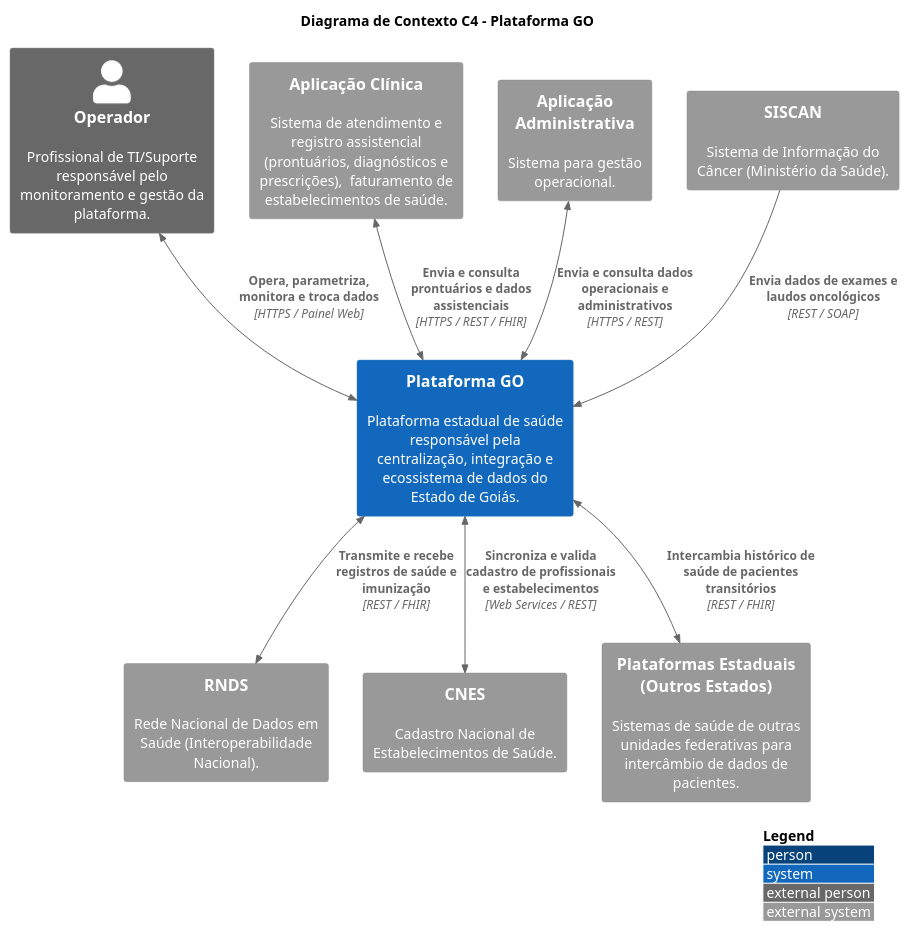
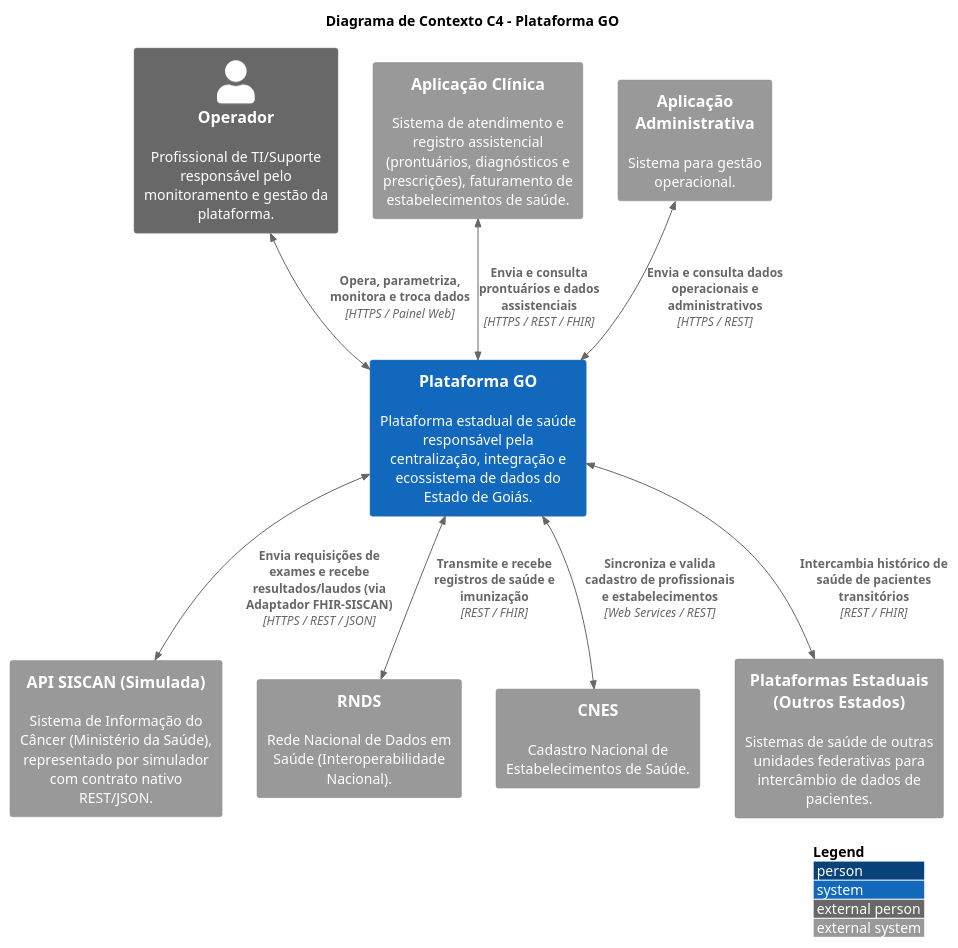
Before and after one commit to kyriosdata/design-2026-02: the diagram in context_Caio.puml, drawn with PlantUML.

Commit message:
fix(c4): corrige protocolo e bidirecionalidade da integracao SISCAN
- Altera a relacao com SISCAN de Rel para BiRel em context_Caio.puml
- Corrige o protocolo de REST / SOAP para HTTPS / REST / JSON
- Atualiza descricao da API simulada do SISCAN e papel do Adaptador FHIR

```diff
--- a/context_Caio.puml
+++ b/context_Caio.puml
@@ -1,32 +1,31 @@
 @startuml
 !include https://raw.githubusercontent.com/plantuml-stdlib/C4-PlantUML/master/C4_Context.puml
 
 LAYOUT_WITH_LEGEND()
 
 title Diagrama de Contexto C4 - Plataforma GO
 
 ' Sistema Central (Único em Azul)
 System(plataformaGO, "Plataforma GO", "Plataforma estadual de saúde responsável pela centralização, integração e ecossistema de dados do Estado de Goiás.")
 
 ' Atores e Aplicações Internas/Clientes (Em Cinza - Ext)
 Person_Ext(operador, "Operador", "Profissional de TI/Suporte responsável pelo monitoramento e gestão da plataforma.")
-System_Ext(appClinica, "Aplicação Clínica", "Sistema de atendimento e registro assistencial (prontuários, diagnósticos e prescrições),  faturamento de estabelecimentos de saúde.")
+System_Ext(appClinica, "Aplicação Clínica", "Sistema de atendimento e registro assistencial (prontuários, diagnósticos e prescrições), faturamento de estabelecimentos de saúde.")
 System_Ext(appAdmin, "Aplicação Administrativa", "Sistema para gestão operacional.")
 
 ' Sistemas Externos (Em Cinza - Ext)
-System_Ext(siscan, "SISCAN", "Sistema de Informação do Câncer (Ministério da Saúde).")
+System_Ext(siscan, "API SISCAN (Simulada)", "Sistema de Informação do Câncer (Ministério da Saúde), representado por simulador com contrato nativo REST/JSON.")
 System_Ext(rnds, "RNDS", "Rede Nacional de Dados em Saúde (Interoperabilidade Nacional).")
 System_Ext(cnes, "CNES", "Cadastro Nacional de Estabelecimentos de Saúde.")
 System_Ext(outrasPlataformas, "Plataformas Estaduais (Outros Estados)", "Sistemas de saúde de outras unidades federativas para intercâmbio de dados de pacientes.")
 
 ' Relacionamentos Bidirecionais
 BiRel(operador, plataformaGO, "Opera, parametriza, monitora e troca dados", "HTTPS / Painel Web")
 BiRel(appClinica, plataformaGO, "Envia e consulta prontuários e dados assistenciais", "HTTPS / REST / FHIR")
 BiRel(appAdmin, plataformaGO, "Envia e consulta dados operacionais e administrativos", "HTTPS / REST")
 BiRel(plataformaGO, outrasPlataformas, "Intercambia histórico de saúde de pacientes transitórios", "REST / FHIR")
 BiRel(plataformaGO, rnds, "Transmite e recebe registros de saúde e imunização", "REST / FHIR")
 BiRel(plataformaGO, cnes, "Sincroniza e valida cadastro de profissionais e estabelecimentos", "Web Services / REST")
+BiRel(plataformaGO, siscan, "Envia requisições de exames e recebe resultados/laudos (via Adaptador FHIR-SISCAN)", "HTTPS / REST / JSON")
 
-' Relacionamento Unidirecional (SISCAN -> Plataforma GO)
-Rel(siscan, plataformaGO, "Envia dados de exames e laudos oncológicos", "REST / SOAP")
 @enduml
```
